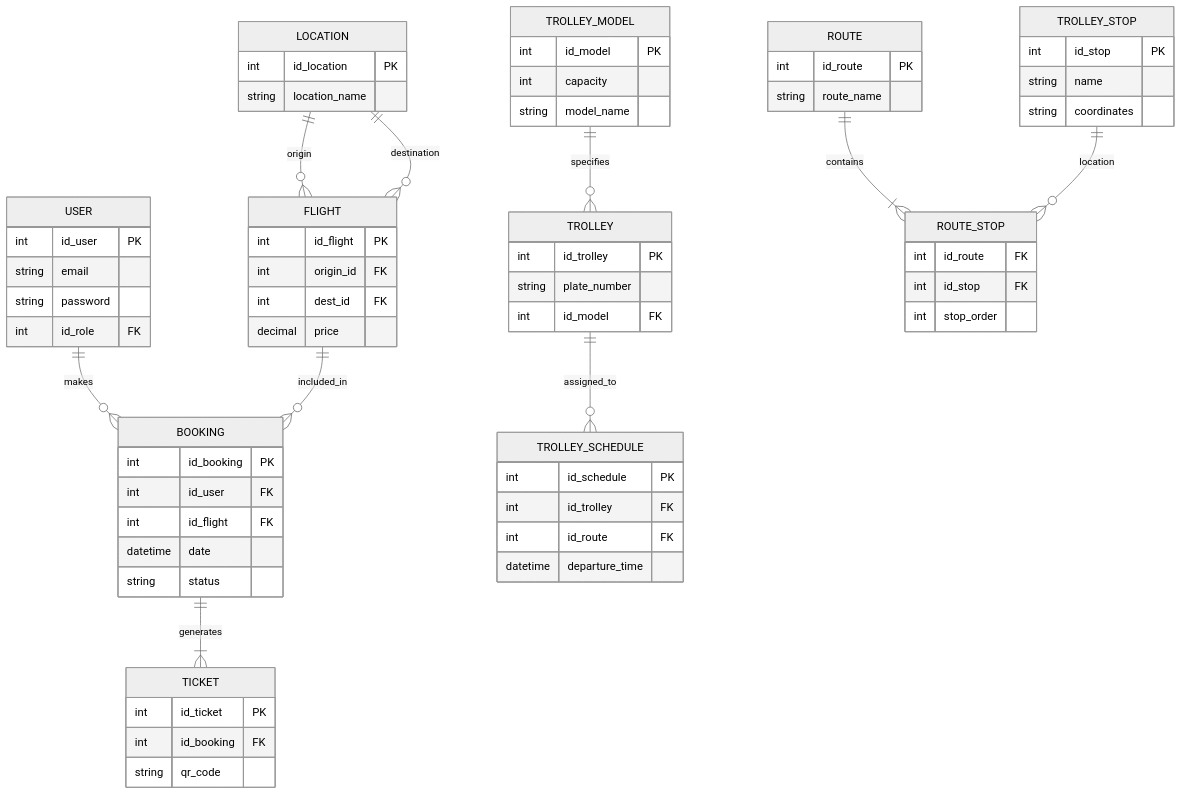
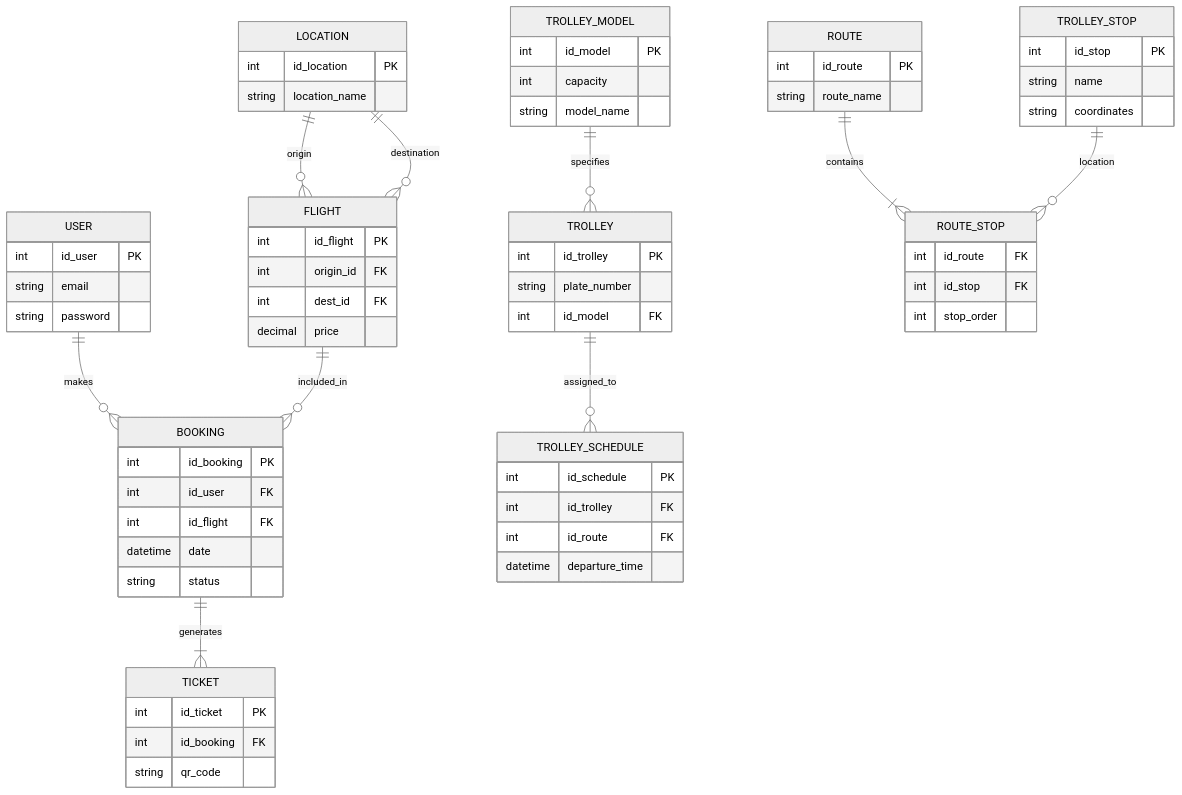
One commit to daniellopezcabrera/cbtis47-db-turismo-2026 changed the diagram in docs/normalization_report.mmd. Above: the diagram before and after it, drawn with Mermaid (neutral theme).

Commit message:
Remove id_role foreign key from USER entity
Removed foreign key 'id_role' from USER entity.

```diff
--- a/docs/normalization_report.mmd
+++ b/docs/normalization_report.mmd
@@ -1,87 +1,86 @@
 erDiagram
 
     USER ||--o{ BOOKING : makes
 
     USER {
         int id_user PK
         string email
         string password
-        int id_role FK
     }
 
     LOCATION ||--o{ FLIGHT : origin
     LOCATION ||--o{ FLIGHT : destination
 
     LOCATION {
         int id_location PK
         string location_name
     }
 
     FLIGHT ||--o{ BOOKING : included_in
 
     FLIGHT {
         int id_flight PK
         int origin_id FK
         int dest_id FK
         decimal price
     }
 
     BOOKING ||--|{ TICKET : generates
 
     BOOKING {
         int id_booking PK
         int id_user FK
         int id_flight FK
         datetime date
         string status
     }
 
     TICKET {
         int id_ticket PK
         int id_booking FK
         string qr_code
     }
 
     TROLLEY_MODEL ||--o{ TROLLEY : specifies
 
     TROLLEY_MODEL {
         int id_model PK
         int capacity
         string model_name
     }
 
     TROLLEY ||--o{ TROLLEY_SCHEDULE : assigned_to
 
     TROLLEY {
         int id_trolley PK
         string plate_number
         int id_model FK
     }
 
     ROUTE ||--|{ ROUTE_STOP : contains
 
     ROUTE {
         int id_route PK
         string route_name
     }
 
     TROLLEY_STOP ||--o{ ROUTE_STOP : location
 
     TROLLEY_STOP {
         int id_stop PK
         string name
         string coordinates
     }
 
     ROUTE_STOP {
         int id_route FK
         int id_stop FK
         int stop_order
     }
 
     TROLLEY_SCHEDULE {
         int id_schedule PK
         int id_trolley FK
         int id_route FK
         datetime departure_time
     }
```
